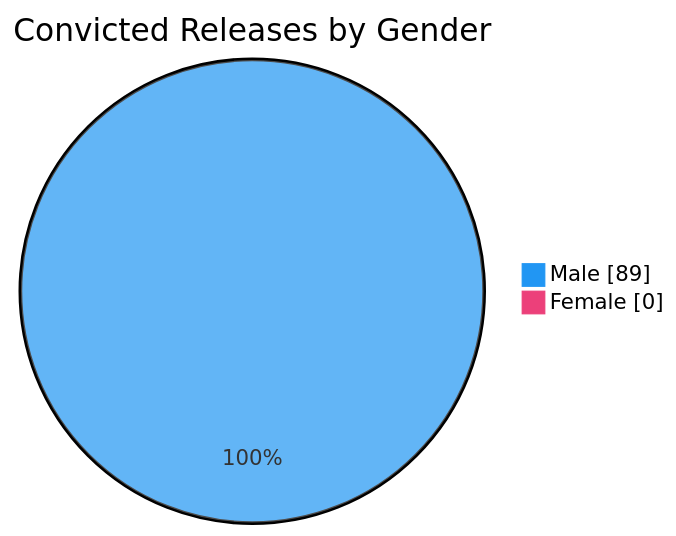
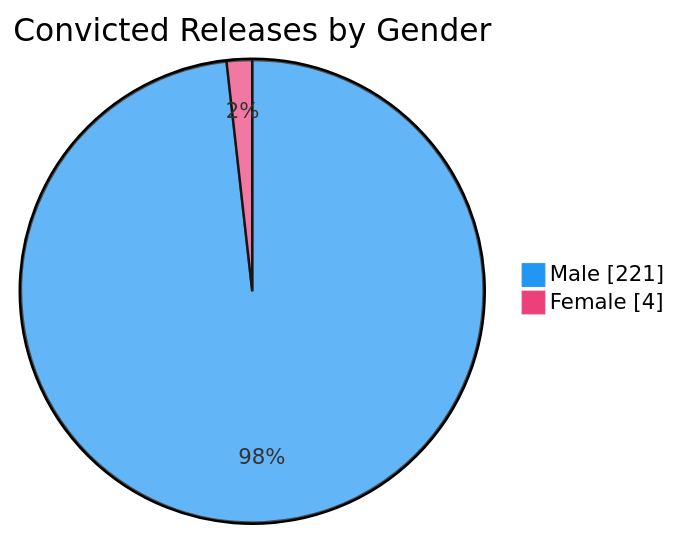
One commit to nuuuwan/lk_prisons changed the sixth of 7 diagrams in README.md. Above: the diagram before and after it, drawn with Mermaid. The commit also changed other lines of this file and 1 other file, not shown here.

````diff
--- a/README.md
+++ b/README.md
@@ -98,6 +98,6 @@
 ```mermaid
 %%{init: {'themeVariables': {'pie1': '#2196F3', 'pie2': '#EC407A'}}}%%
 pie showData title Convicted Releases by Gender
-    "Male" : 89
-    "Female" : 0
+    "Male" : 221
+    "Female" : 4
 ```
````
